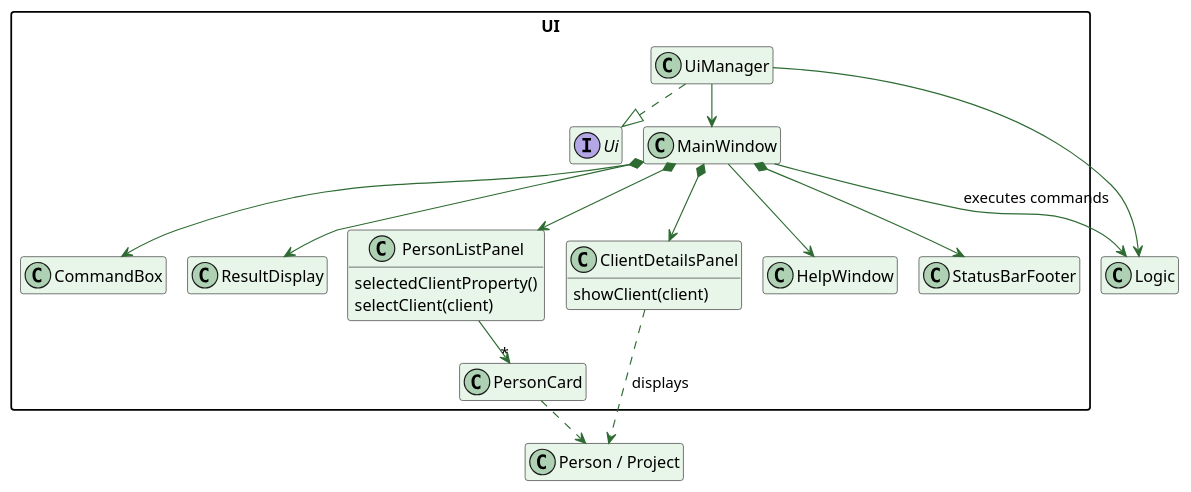
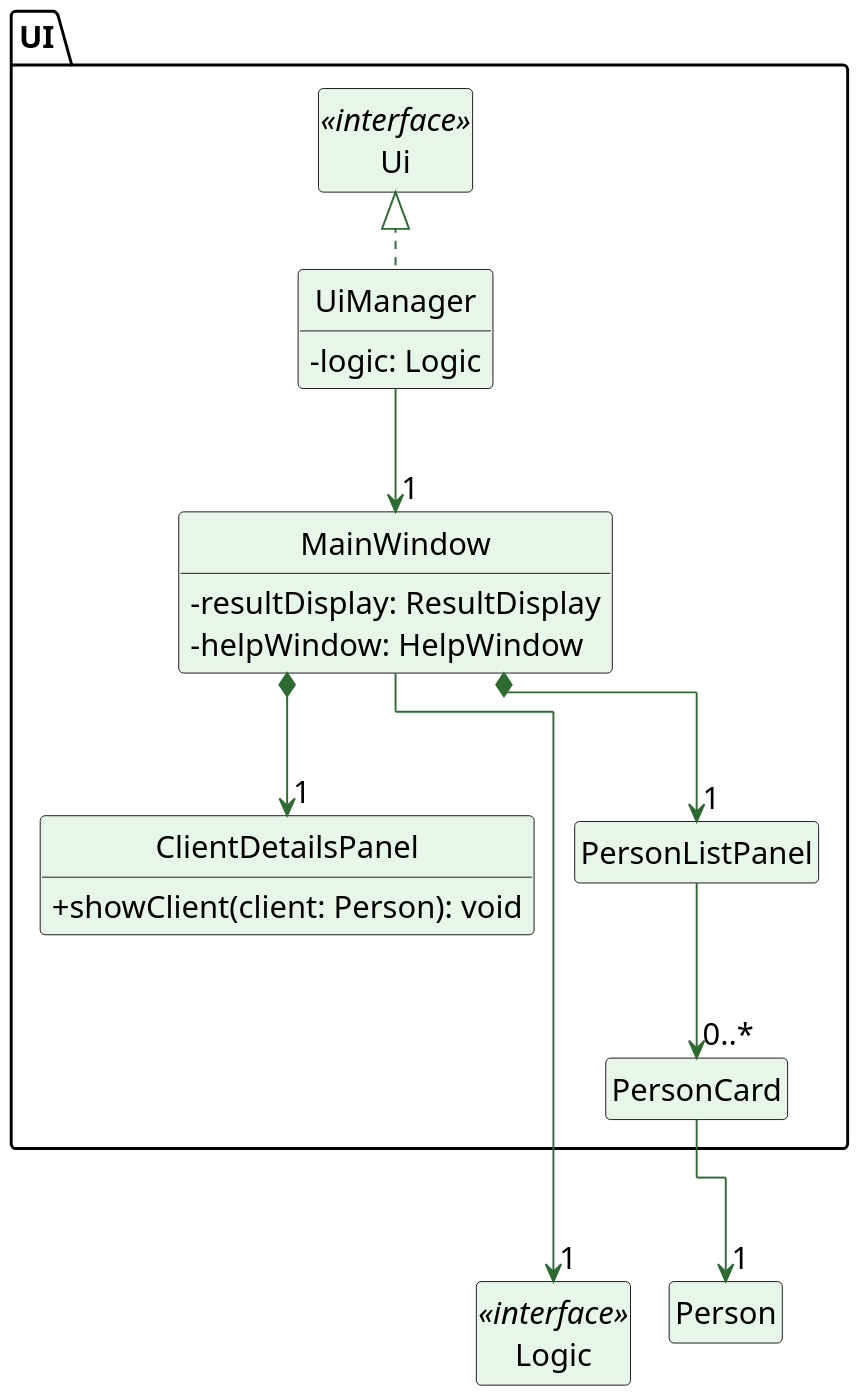
Before and after one commit to AY2627S1-CS2103T-T10-1/tp: the diagram in docs/diagrams/UiClassDiagram.puml, drawn with PlantUML. The commit also changed 4 other files, not shown here.

Commit message:
Clarify UI relationships and split inheritance to reduce diagram clutter

```diff
--- a/docs/diagrams/UiClassDiagram.puml
+++ b/docs/diagrams/UiClassDiagram.puml
@@ -1,44 +1,41 @@
 @startuml
-!pragma layout smetana
+!pragma layout elk
 skinparam shadowing false
+skinparam dpi 160
+skinparam defaultFontSize 16
+skinparam nodesep 90
+skinparam linetype ortho
+skinparam ranksep 90
 hide empty members
+hide circle
 skinparam classAttributeIconSize 0
-skinparam packageStyle rectangle
+skinparam packageStyle package
 skinparam classBackgroundColor #E8F5E9
 skinparam arrowColor #2E6B32
 
 package UI {
-  interface Ui
-  class UiManager
-  class MainWindow
-  class CommandBox
-  class ResultDisplay
-  class PersonListPanel {
-    selectedClientProperty()
-    selectClient(client)
+  class Ui <<interface>>
+  class UiManager {
+    - logic: Logic
   }
+  class MainWindow {
+    - resultDisplay: ResultDisplay
+    - helpWindow: HelpWindow
+  }
+  class PersonListPanel
   class ClientDetailsPanel {
-    showClient(client)
+    + showClient(client: Person): void
   }
   class PersonCard
-  class HelpWindow
-  class StatusBarFooter
 }
-class Logic
-class "Person / Project" as ClientModel
+class Logic <<interface>>
+class Person
 
-UiManager ..|> Ui
-UiManager --> MainWindow
-UiManager --> Logic
-MainWindow --> Logic : executes commands
-MainWindow *--> CommandBox
-MainWindow *--> ResultDisplay
-MainWindow *--> PersonListPanel
-MainWindow *--> ClientDetailsPanel
-MainWindow *--> StatusBarFooter
-MainWindow --> HelpWindow
-PersonListPanel --> "*" PersonCard
-ClientDetailsPanel ..> ClientModel : displays
-PersonCard ..> ClientModel
-
+UiManager .left.|> Ui
+UiManager -down-> "1" MainWindow
+MainWindow -right-> "1" Logic
+MainWindow *-down-> "1" PersonListPanel
+MainWindow *-down-> "1" ClientDetailsPanel
+PersonListPanel -down-> "0..*" PersonCard
+PersonCard -right-> "1" Person
 @enduml
```
